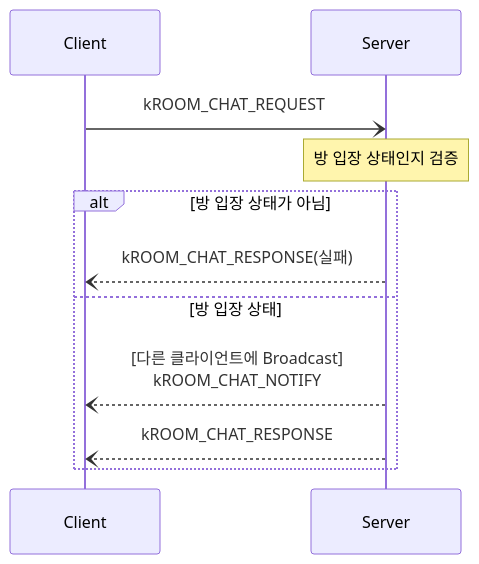
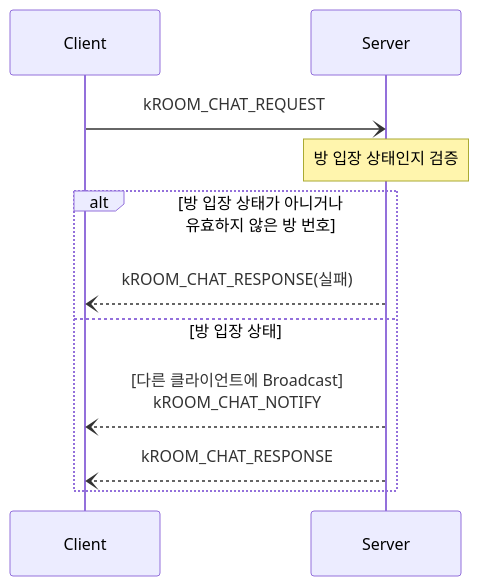
One commit to Dosoon/IOCP_Chatting changed the sixth of 6 diagrams in README.md. Above: the diagram before and after it, drawn with Mermaid.

Commit message:
[Docs] 시퀀스 다이어그램 수정

````diff
--- a/README.md
+++ b/README.md
@@ -123,12 +123,12 @@
 ```mermaid
 sequenceDiagram
 
 Client-)Server:kROOM_CHAT_REQUEST
 Note over Server: 방 입장 상태인지 검증
-alt 방 입장 상태가 아님
+alt 방 입장 상태가 아니거나<br>유효하지 않은 방 번호
 Server--)Client:kROOM_CHAT_RESPONSE(실패)
 else 방 입장 상태
 Server--)Client:[다른 클라이언트에 Broadcast]<br>kROOM_CHAT_NOTIFY
 Server--)Client:kROOM_CHAT_RESPONSE
 end
 ```
````
